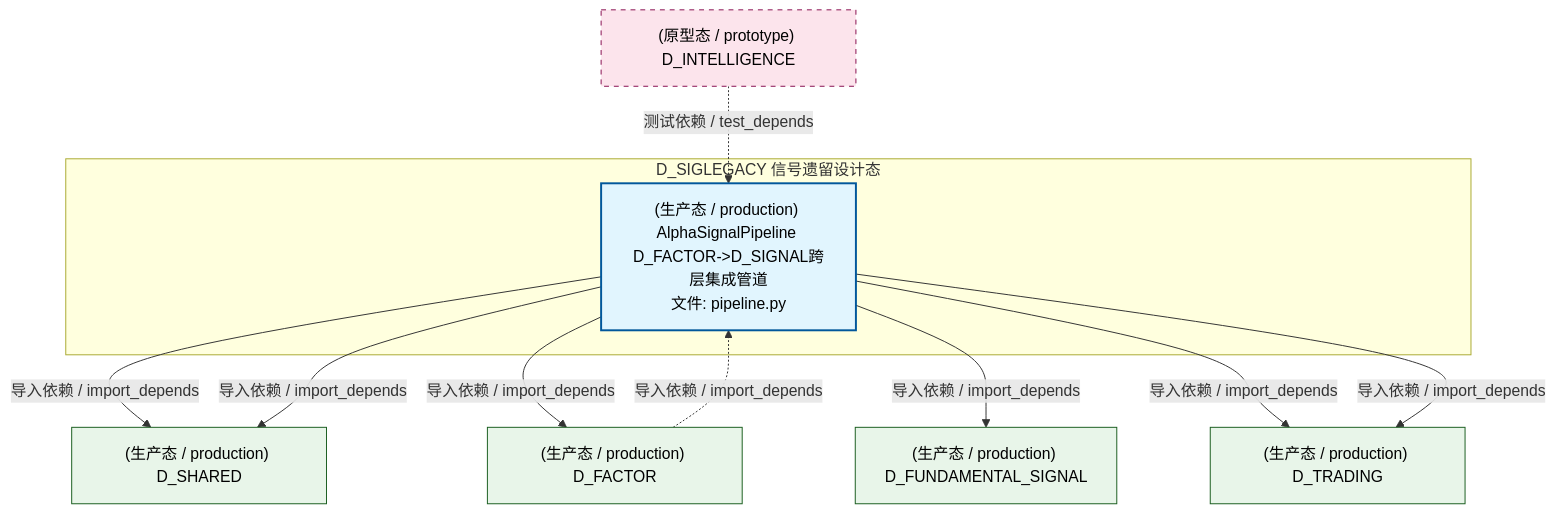
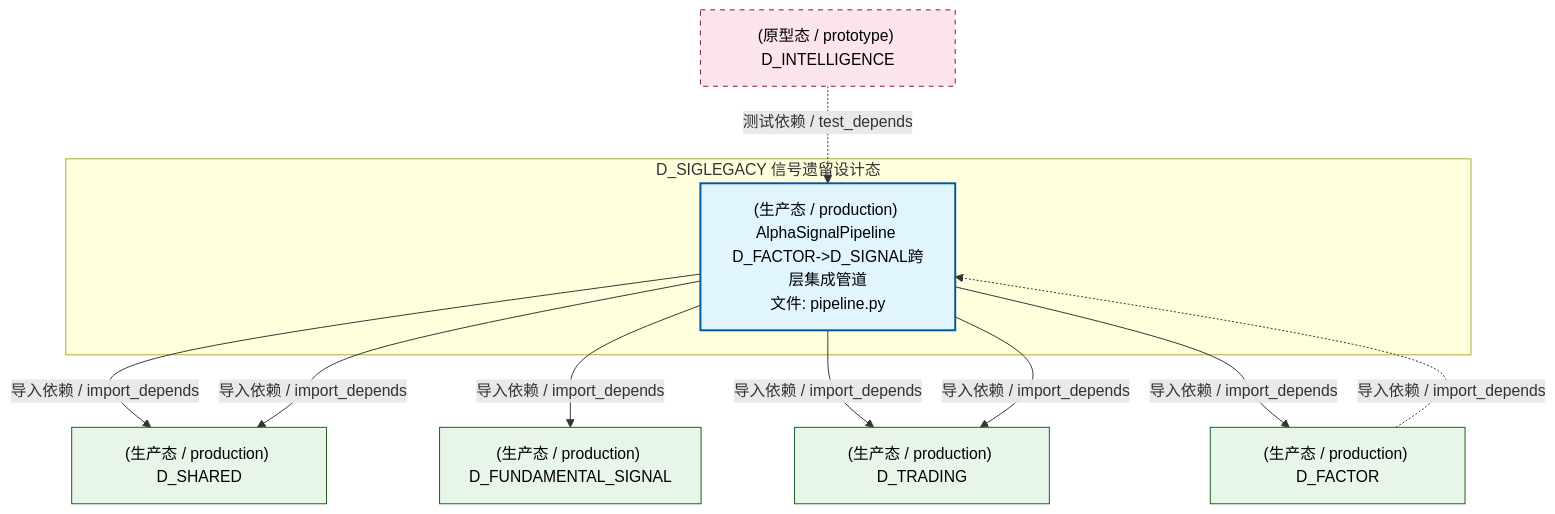
One commit to xuanFelixVan/ZephyrAlpha changed the second of 4 diagrams in docs/02_enterprise_architecture/02_domain_architecture_docs/63_d_siglegacy.md. Above: the diagram before and after it, drawn with Mermaid. The commit also changed other lines of this file and 126 other files, not shown here.

````diff
--- a/docs/02_enterprise_architecture/02_domain_architecture_docs/63_d_siglegacy.md
+++ b/docs/02_enterprise_architecture/02_domain_architecture_docs/63_d_siglegacy.md
@@ -138,26 +138,26 @@
 ```mermaid
 graph TD
     subgraph D_SIGLEGACY["D_SIGLEGACY 信号遗留设计态"]
         src_zephyr_signal_fundamental_pipeline_py["(生产态 / production) AlphaSignalPipeline D_FACTOR->D_SIGNAL跨层集成管道<br/>文件: pipeline.py"]
     end
     D_SHARED["(生产态 / production) D_SHARED"]
     src_zephyr_signal_fundamental_pipeline_py -->|导入依赖 / import_depends| D_SHARED
-    src_zephyr_signal_fundamental_pipeline_py -->|导入依赖 / import_depends| D_SHARED
-    D_FACTOR["(生产态 / production) D_FACTOR"]
-    src_zephyr_signal_fundamental_pipeline_py -->|导入依赖 / import_depends| D_FACTOR
     D_FUNDAMENTAL_SIGNAL["(生产态 / production) D_FUNDAMENTAL_SIGNAL"]
     src_zephyr_signal_fundamental_pipeline_py -->|导入依赖 / import_depends| D_FUNDAMENTAL_SIGNAL
     D_TRADING["(生产态 / production) D_TRADING"]
     src_zephyr_signal_fundamental_pipeline_py -->|导入依赖 / import_depends| D_TRADING
+    src_zephyr_signal_fundamental_pipeline_py -->|导入依赖 / import_depends| D_SHARED
+    D_FACTOR["(生产态 / production) D_FACTOR"]
+    src_zephyr_signal_fundamental_pipeline_py -->|导入依赖 / import_depends| D_FACTOR
     src_zephyr_signal_fundamental_pipeline_py -->|导入依赖 / import_depends| D_TRADING
-    D_FACTOR -.->|导入依赖 / import_depends| src_zephyr_signal_fundamental_pipeline_py
     D_INTELLIGENCE["(原型态 / prototype) D_INTELLIGENCE"]
     D_INTELLIGENCE -.->|测试依赖 / test_depends| src_zephyr_signal_fundamental_pipeline_py
+    D_FACTOR -.->|导入依赖 / import_depends| src_zephyr_signal_fundamental_pipeline_py
     classDef production fill:#e1f5fe,stroke:#01579b,stroke-width:2px,color:#000
     classDef design fill:#fff3e0,stroke:#e65100,stroke-width:2px,color:#000,stroke-dasharray: 5 5
     classDef external_prod fill:#e8f5e9,stroke:#1b5e20,stroke-width:1px,color:#000
     classDef external_design fill:#fce4ec,stroke:#880e4f,stroke-width:1px,color:#000,stroke-dasharray: 5 5
     class src_zephyr_signal_fundamental_pipeline_py production
-    class D_SHARED,D_FACTOR,D_FUNDAMENTAL_SIGNAL,D_TRADING external_prod
+    class D_SHARED,D_FUNDAMENTAL_SIGNAL,D_TRADING,D_FACTOR external_prod
     class D_INTELLIGENCE external_design
 ```
````
